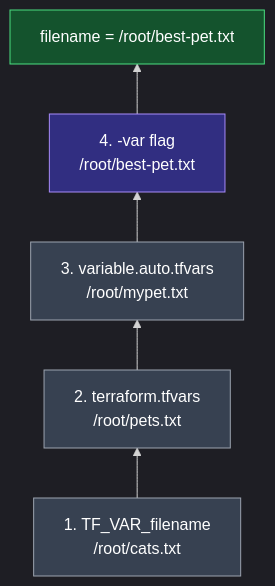
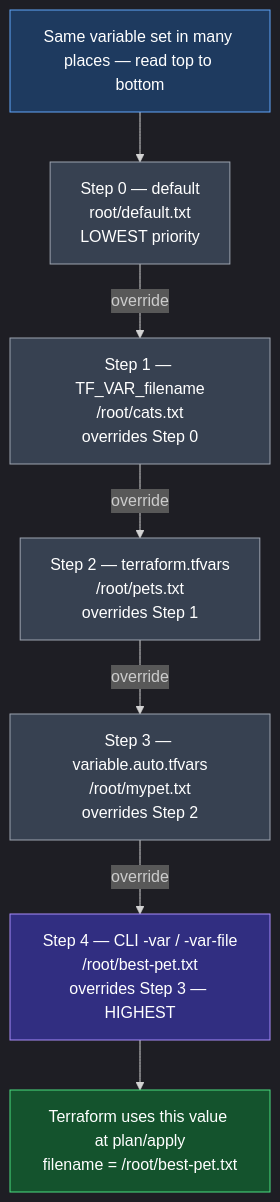
One commit to nirajp82/Terraform_Basics changed the second of 2 diagrams in 04_Core_Terraform_Basics/06_Assigning_Variable_Values.md. Above: the diagram before and after it, drawn with Mermaid. The commit also changed other lines of this file, not shown here.

First line of the commit message:
Clarify variable assignment diagrams and precedence ladder.

````diff
--- a/04_Core_Terraform_Basics/06_Assigning_Variable_Values.md
+++ b/04_Core_Terraform_Basics/06_Assigning_Variable_Values.md
@@ -251,17 +233,26 @@
 ```mermaid
 %%{init: {'theme': 'dark', 'flowchart': {'htmlLabels': true}}}%%
-flowchart BT
-    ENV["1. TF_VAR_filename<br>/root/cats.txt"]
-    TFVARS["2. terraform.tfvars<br>/root/pets.txt"]
-    AUTO["3. variable.auto.tfvars<br>/root/mypet.txt"]
-    CLI["4. -var flag<br>/root/best-pet.txt"]
+flowchart TD
+    TITLE["Same variable set in many places — read top to bottom"]
+    S0["Step 0 — default<br>root/default.txt<br>LOWEST priority"]
+    S1["Step 1 — TF_VAR_filename<br>/root/cats.txt<br>overrides Step 0"]
+    S2["Step 2 — terraform.tfvars<br>/root/pets.txt<br>overrides Step 1"]
+    S3["Step 3 — variable.auto.tfvars<br>/root/mypet.txt<br>overrides Step 2"]
+    S4["Step 4 — CLI -var / -var-file<br>/root/best-pet.txt<br>overrides Step 3 — HIGHEST"]
+    WIN["Terraform uses this value at plan/apply<br>filename = /root/best-pet.txt"]
 
-    ENV --> TFVARS --> AUTO --> CLI
-    CLI --> WIN["filename = /root/best-pet.txt"]
+    TITLE --> S0
+    S0 -->|"override"| S1
+    S1 -->|"override"| S2
+    S2 -->|"override"| S3
+    S3 -->|"override"| S4
+    S4 --> WIN
 
-    style ENV fill:#374151,stroke:#9ca3af,color:#ffffff
-    style TFVARS fill:#374151,stroke:#9ca3af,color:#ffffff
-    style AUTO fill:#374151,stroke:#9ca3af,color:#ffffff
-    style CLI fill:#312e81,stroke:#a78bfa,color:#ffffff
+    style TITLE fill:#1e3a5f,stroke:#60a5fa,color:#ffffff
+    style S0 fill:#374151,stroke:#9ca3af,color:#ffffff
+    style S1 fill:#374151,stroke:#9ca3af,color:#ffffff
+    style S2 fill:#374151,stroke:#9ca3af,color:#ffffff
+    style S3 fill:#374151,stroke:#9ca3af,color:#ffffff
+    style S4 fill:#312e81,stroke:#a78bfa,color:#ffffff
     style WIN fill:#14532d,stroke:#4ade80,color:#ffffff
 ```
````
